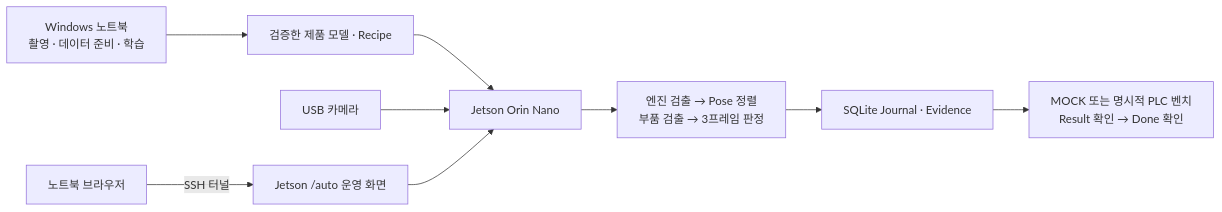
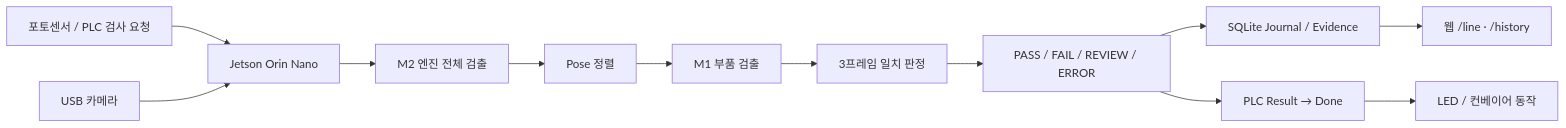
The diagram in README.md (tmdgns104/Engine_Assembly_Defect_Inspector), drawn with Mermaid before and after one commit. The commit also changed other lines of this file, not shown here.

````diff
--- a/README.md
+++ b/README.md
@@ -51,11 +20,14 @@
 ```mermaid
 flowchart LR
-    N[Windows 노트북<br/>촬영 · 데이터 준비 · 학습] --> P[검증한 제품 모델 · Recipe]
-    P --> J[Jetson Orin Nano]
-    C[USB 카메라] --> J
-    J --> E[엔진 검출 → Pose 정렬<br/>부품 검출 → 3프레임 판정]
-    E --> D[SQLite Journal · Evidence]
-    D --> G[MOCK 또는 명시적 PLC 벤치<br/>Result 확인 → Done 확인]
-    B[노트북 브라우저] -->|SSH 터널| H[Jetson /auto 운영 화면]
-    H --> J
+    A[포토센서 / PLC 검사 요청] --> B[Jetson Orin Nano]
+    C[USB 카메라] --> B
+    B --> D[M2 엔진 전체 검출]
+    D --> E[Pose 정렬]
+    E --> F[M1 부품 검출]
+    F --> G[3프레임 일치 판정]
+    G --> H[PASS / FAIL / REVIEW / ERROR]
+    H --> I[SQLite Journal / Evidence]
+    H --> J[PLC Result → Done]
+    J --> K[LED / 컨베이어 동작]
+    I --> L[웹 /line · /history]
 ```
````
